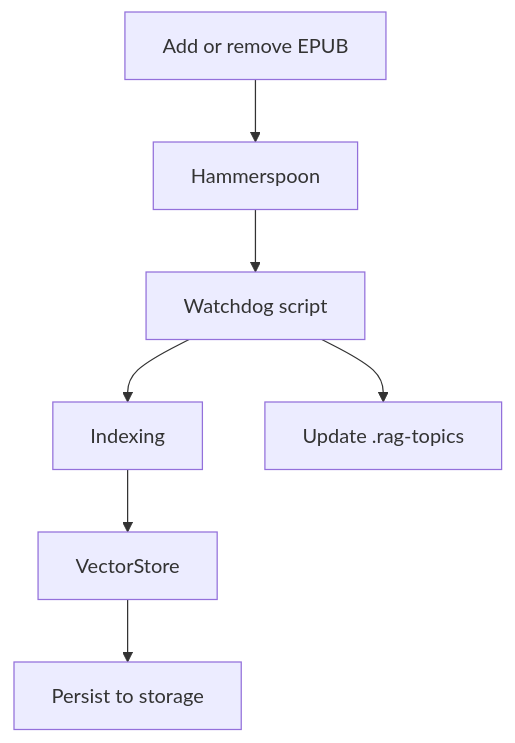
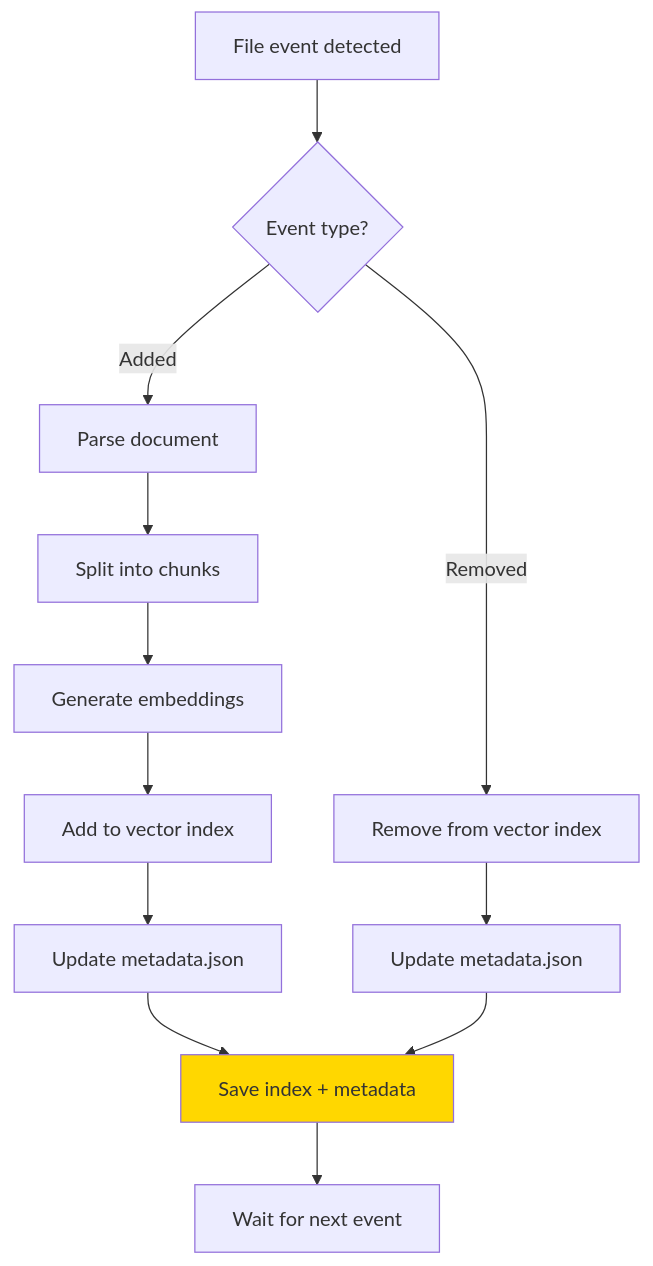
The second of 4 diagrams in README.md (nonlinear/librarian), drawn with Mermaid before and after one commit. The commit also changed other lines of this file and 3 other files, not shown here.

````diff
--- a/README.md
+++ b/README.md
@@ -32,9 +121,19 @@
 ```mermaid
 graph TD
-  a1[Add or remove EPUB] --> h1[Hammerspoon]
-  h1 --> w1[Watchdog script]
-  w1 --> idx1[Indexing]
-  idx1 --> v2[VectorStore]
-  w1 --> k2[Update .rag-topics]
-  v2 --> s1[Persist to storage]
+  EVENT[File event detected] --> TYPE{Event type?}
+
+  TYPE -->|Added| PARSE[Parse document]
+  PARSE --> CHUNK[Split into chunks]
+  CHUNK --> GEN[Generate embeddings]
+  GEN --> ADD[Add to vector index]
+  ADD --> UPDATE1[Update metadata.json]
+
+  TYPE -->|Removed| REMOVE[Remove from vector index]
+  REMOVE --> UPDATE2[Update metadata.json]
+
+  UPDATE1 --> SAVE[Save index + metadata]
+  UPDATE2 --> SAVE
+  SAVE --> WAIT[Wait for next event]
+
+  style SAVE fill:#FFD700
 ```
````
